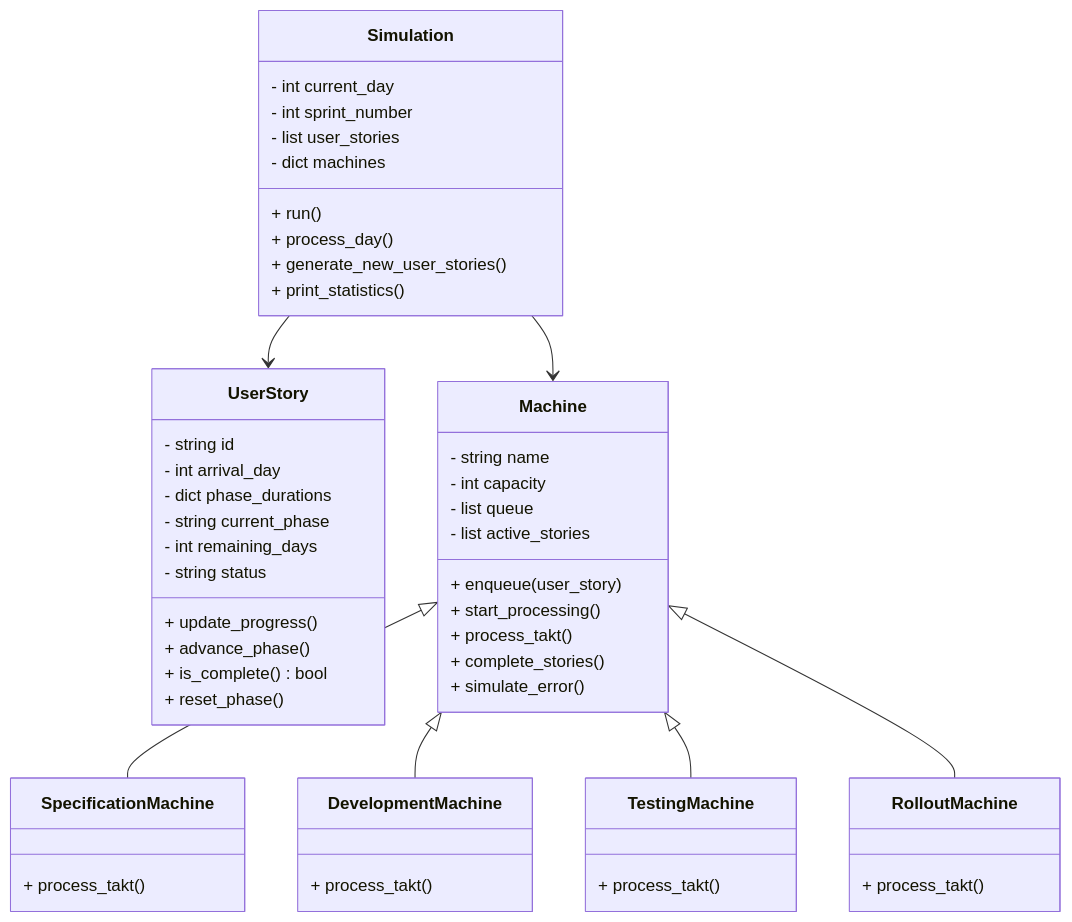
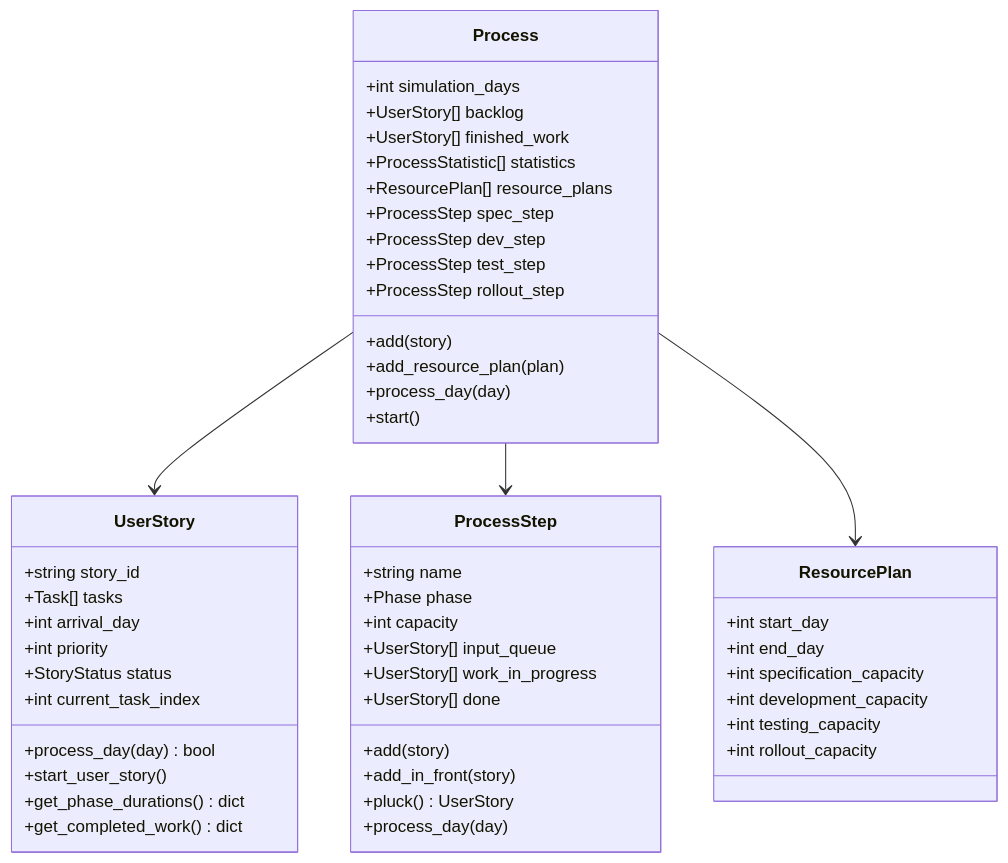
The first of 2 diagrams in README.md (rreben/DevCycleSim), drawn with Mermaid before and after one commit. The commit also changed other lines of this file, not shown here.

````diff
--- a/README.md
+++ b/README.md
@@ -312,62 +344,57 @@
 ```mermaid
 classDiagram
     class UserStory {
-      - string id
-      - int arrival_day
-      - dict phase_durations
-      - string current_phase
-      - int remaining_days
-      - string status
-      + update_progress()
-      + advance_phase()
-      + is_complete() bool
-      + reset_phase()
+        +string story_id
+        +Task[] tasks
+        +int arrival_day
+        +int priority
+        +StoryStatus status
+        +int current_task_index
+        +process_day(day) bool
+        +start_user_story()
+        +get_phase_durations() dict
+        +get_completed_work() dict
     }
 
-    class Machine {
-      - string name
-      - int capacity
-      - list queue
-      - list active_stories
-      + enqueue(user_story)
-      + start_processing()
-      + process_takt()
-      + complete_stories()
-      + simulate_error()
+    class ProcessStep {
+        +string name
+        +Phase phase
+        +int capacity
+        +UserStory[] input_queue
+        +UserStory[] work_in_progress
+        +UserStory[] done
+        +add(story)
+        +add_in_front(story)
+        +pluck() UserStory
+        +process_day(day)
     }
 
-    class SpecificationMachine {
-      + process_takt()
+    class ResourcePlan {
+        +int start_day
+        +int end_day
+        +int specification_capacity
+        +int development_capacity
+        +int testing_capacity
+        +int rollout_capacity
     }
 
-    class DevelopmentMachine {
-      + process_takt()
+    class Process {
+        +int simulation_days
+        +UserStory[] backlog
+        +UserStory[] finished_work
+        +ProcessStatistic[] statistics
+        +ResourcePlan[] resource_plans
+        +ProcessStep spec_step
+        +ProcessStep dev_step
+        +ProcessStep test_step
+        +ProcessStep rollout_step
+        +add(story)
+        +add_resource_plan(plan)
+        +process_day(day)
+        +start()
     }
 
-    class TestingMachine {
-      + process_takt()
-    }
-
-    class RolloutMachine {
-      + process_takt()
-    }
-
-    class Simulation {
-      - int current_day
-      - int sprint_number
-      - list user_stories
-      - dict machines
-      + run()
-      + process_day()
-      + generate_new_user_stories()
-      + print_statistics()
-    }
-
-    Machine <|-- SpecificationMachine
-    Machine <|-- DevelopmentMachine
-    Machine <|-- TestingMachine
-    Machine <|-- RolloutMachine
-
-    Simulation --> UserStory
-    Simulation --> Machine
+    Process --> UserStory
+    Process --> ProcessStep
+    Process --> ResourcePlan
 ```
````
